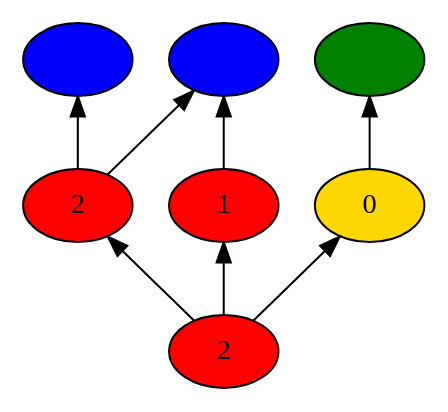
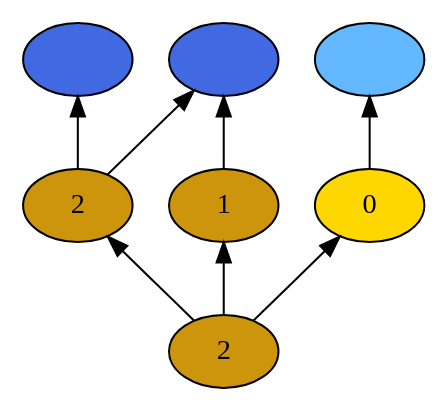
The diagram in backend/cxx/pdf_graphs/tutorial_1/dot4.dot (probcomp/Venturecxx), drawn with Graphviz before and after one commit. The commit also changed 108 other files, not shown here.

```diff
--- a/backend/cxx/pdf_graphs/tutorial_1/dot4.dot
+++ b/backend/cxx/pdf_graphs/tutorial_1/dot4.dot
@@ -1,18 +1,18 @@
 digraph {
 rankdir=BT
 fontsize=24
-1["shape" ="ellipse" "style" ="filled" "fillcolor" ="red" "label" ="2" ]
-2["shape" ="ellipse" "style" ="filled" "fillcolor" ="red" "label" ="2" ]
-3["shape" ="ellipse" "style" ="filled" "fillcolor" ="red" "label" ="1" ]
+1["shape" ="ellipse" "style" ="filled" "fillcolor" ="darkgoldenrod3" "label" ="2" ]
+2["shape" ="ellipse" "style" ="filled" "fillcolor" ="darkgoldenrod3" "label" ="2" ]
+3["shape" ="ellipse" "style" ="filled" "fillcolor" ="darkgoldenrod3" "label" ="1" ]
 4["shape" ="ellipse" "style" ="filled" "fillcolor" ="gold" "label" ="0" ]
-5["shape" ="ellipse" "style" ="filled" "fillcolor" ="blue" "label" ="" ]
-6["shape" ="ellipse" "style" ="filled" "fillcolor" ="blue" "label" ="" ]
-7["shape" ="ellipse" "style" ="filled" "fillcolor" ="green" "label" ="" ]
+5["shape" ="ellipse" "style" ="filled" "fillcolor" ="royalblue" "label" ="" ]
+6["shape" ="ellipse" "style" ="filled" "fillcolor" ="royalblue" "label" ="" ]
+7["shape" ="ellipse" "style" ="filled" "fillcolor" ="steelblue1" "label" ="" ]
 1 -> 2["color" ="black" "style" ="solid" "arrowhead" ="normal" ]
 1 -> 3["color" ="black" "style" ="solid" "arrowhead" ="normal" ]
 1 -> 4["color" ="black" "style" ="solid" "arrowhead" ="normal" ]
 2 -> 5["color" ="black" "style" ="solid" "arrowhead" ="normal" ]
 2 -> 6["color" ="black" "style" ="solid" "arrowhead" ="normal" ]
 3 -> 6["color" ="black" "style" ="solid" "arrowhead" ="normal" ]
 4 -> 7["color" ="black" "style" ="solid" "arrowhead" ="normal" ]
 }
```
